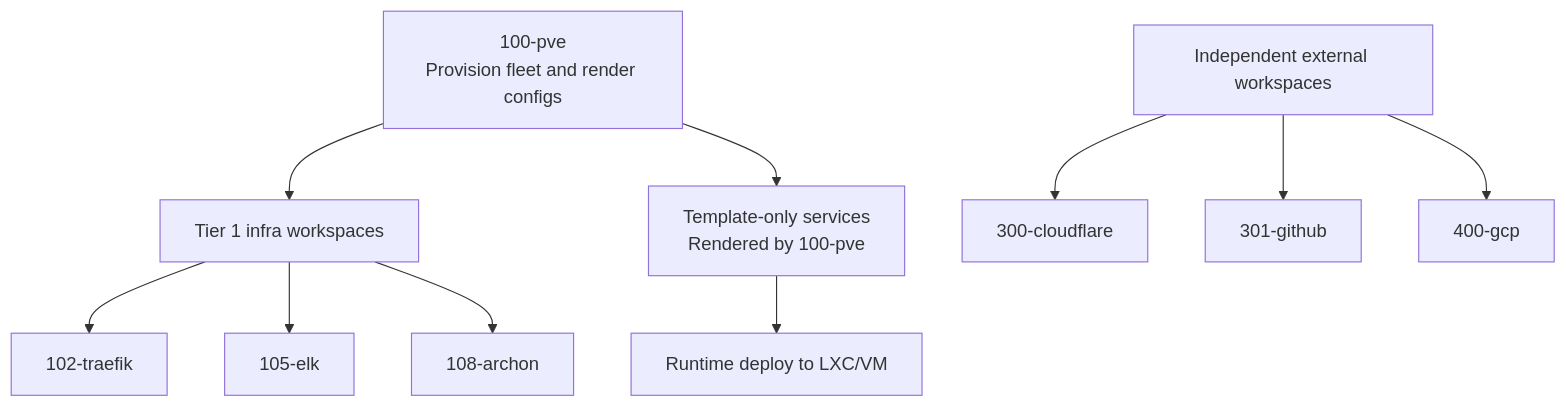
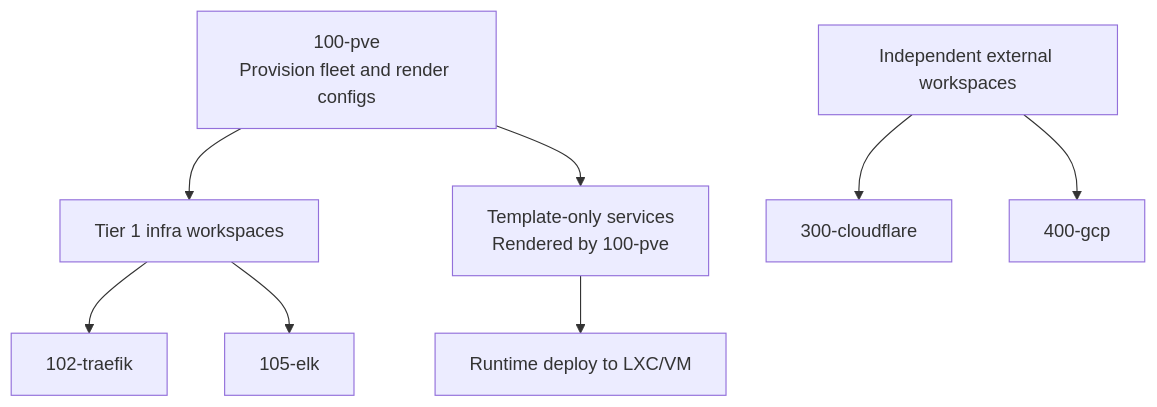
Before and after one commit to jclee941/terraform: the diagram in docs/workspace-ordering.md, drawn with Mermaid. The commit also changed other lines of this file and 188 other files, not shown here.

````diff
--- a/docs/workspace-ordering.md
+++ b/docs/workspace-ordering.md
@@ -12,14 +12,12 @@
 ```mermaid
 graph TD
   PVE["100-pve\nProvision fleet and render configs"] --> Infra["Tier 1 infra workspaces"]
   Infra --> Traefik["102-traefik"]
   Infra --> ELK["105-elk"]
-  Infra --> Archon["108-archon"]
 
   PVE --> Templates["Template-only services\nRendered by 100-pve"]
   Templates --> Runtime["Runtime deploy to LXC/VM"]
 
   External["Independent external workspaces"] --> Cloudflare["300-cloudflare"]
-  External --> GitHub["301-github"]
   External --> GCP["400-gcp"]
 ```
````
